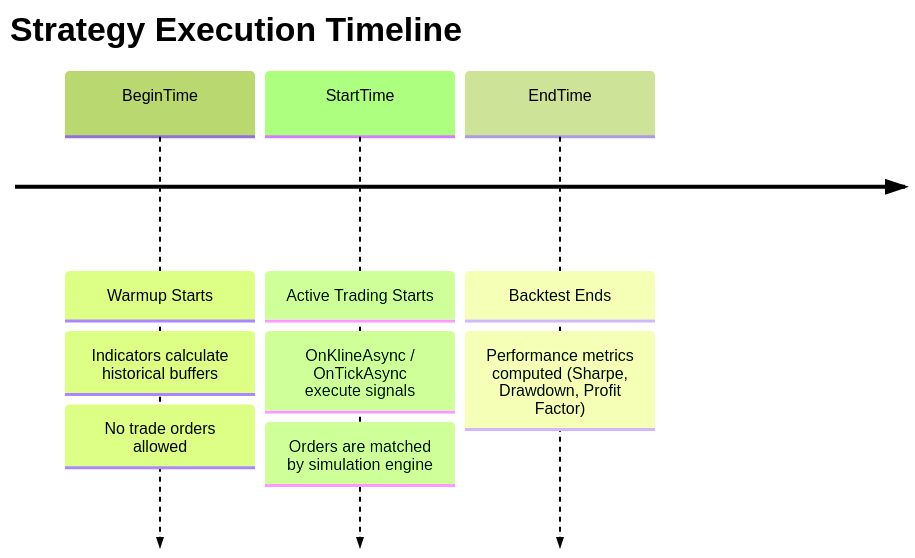
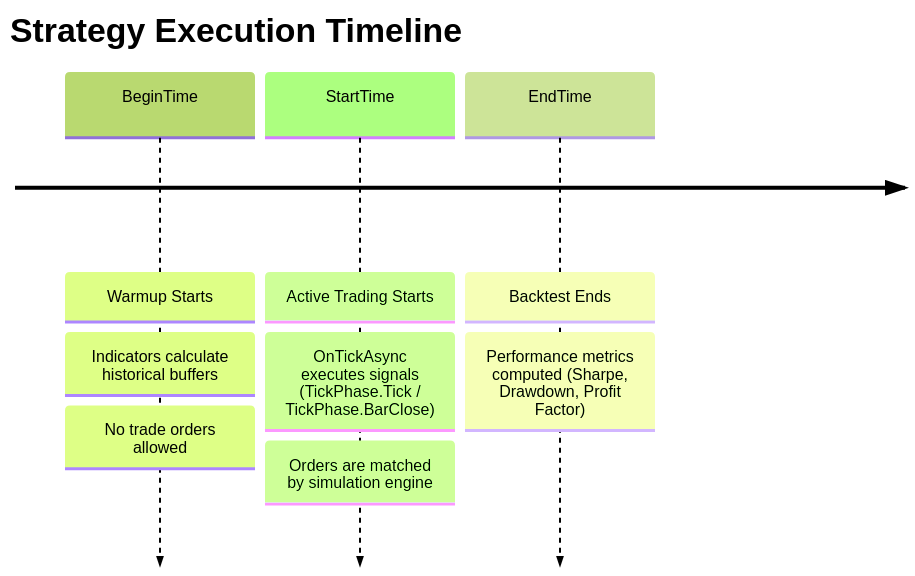
One commit to vntradesoft/PlatinumTrade.Docs changed the diagram in docs/sdk/guides/backtesting.md. Above: the diagram before and after it, drawn with Mermaid (forest theme). The commit also changed other lines of this file and 4 other files, not shown here.

````diff
--- a/docs/sdk/guides/backtesting.md
+++ b/docs/sdk/guides/backtesting.md
@@ -21,12 +21,12 @@
 ```mermaid
 timeline
     title Strategy Execution Timeline
     BeginTime : Warmup Starts
               : Indicators calculate historical buffers
               : No trade orders allowed
     StartTime : Active Trading Starts
-              : OnKlineAsync / OnTickAsync execute signals
+              : OnTickAsync executes signals (TickPhase.Tick / TickPhase.BarClose)
               : Orders are matched by simulation engine
     EndTime   : Backtest Ends
               : Performance metrics computed (Sharpe, Drawdown, Profit Factor)
 ```
````
